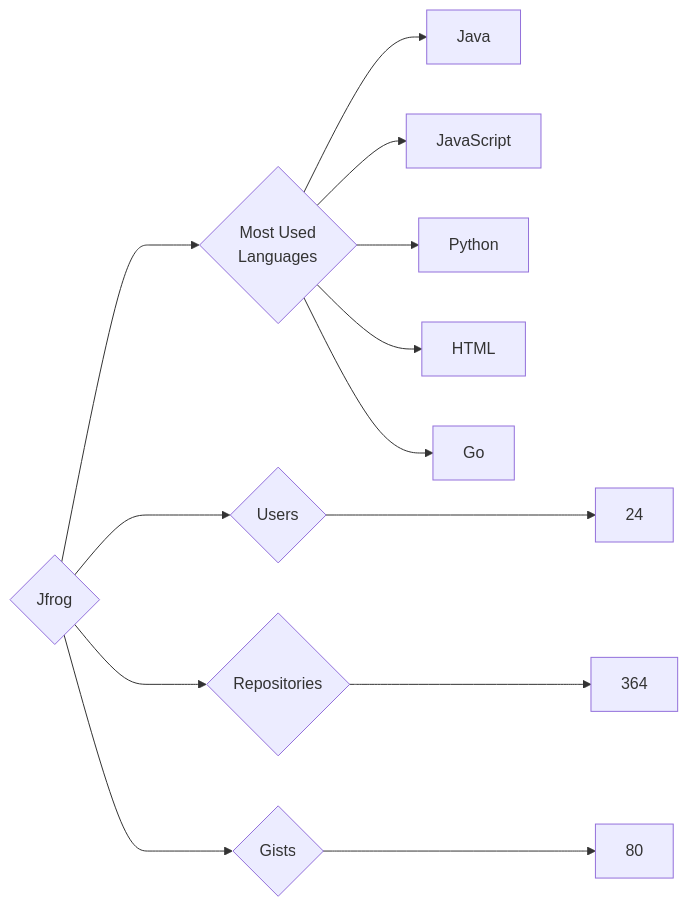
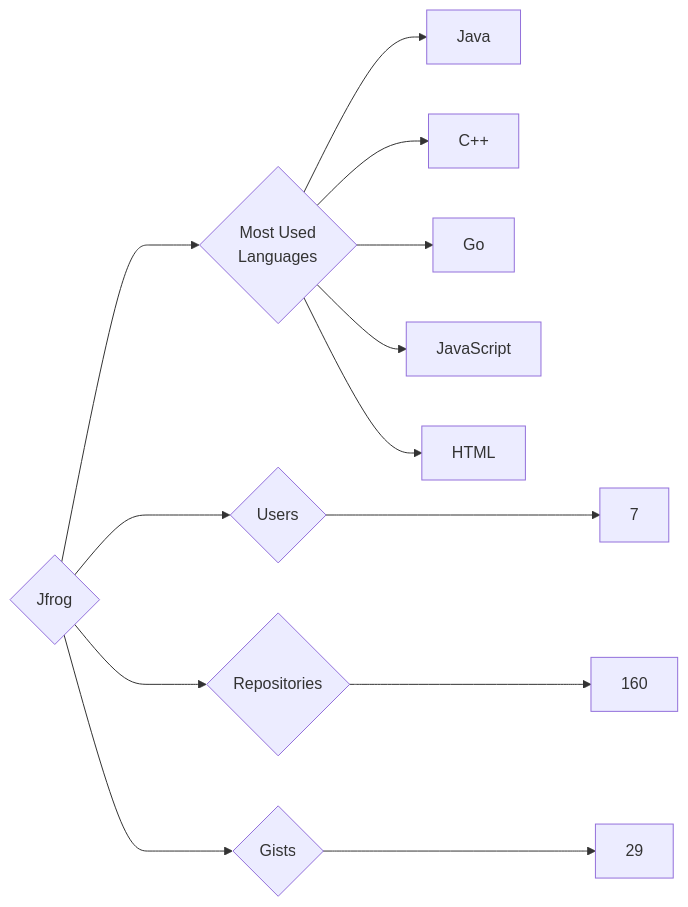
One commit to trickest/insiders changed the diagram in targets/Jfrog/README.md. Above: the diagram before and after it, drawn with Mermaid. The commit also changed 622 other files, not shown here.

````diff
--- a/targets/Jfrog/README.md
+++ b/targets/Jfrog/README.md
@@ -3,13 +3,13 @@
 ```mermaid
 graph LR
 COMPANY_NAME{Jfrog}
-COMPANY_NAME ---> U{Users} ---> UN[24]
-COMPANY_NAME ---> R{Repositories} ---> RN[364]
-COMPANY_NAME ---> G{Gists} ---> GN[80]
+COMPANY_NAME ---> U{Users} ---> UN[7]
+COMPANY_NAME ---> R{Repositories} ---> RN[160]
+COMPANY_NAME ---> G{Gists} ---> GN[29]
 COMPANY_NAME ---> ML{Most Used<br>Languages}
 ML --> Java[Java]
+ML --> C++[C++]
+ML --> Go[Go]
 ML --> JavaScript[JavaScript]
-ML --> Python[Python]
 ML --> HTML[HTML]
-ML --> Go[Go]
 ```
````
